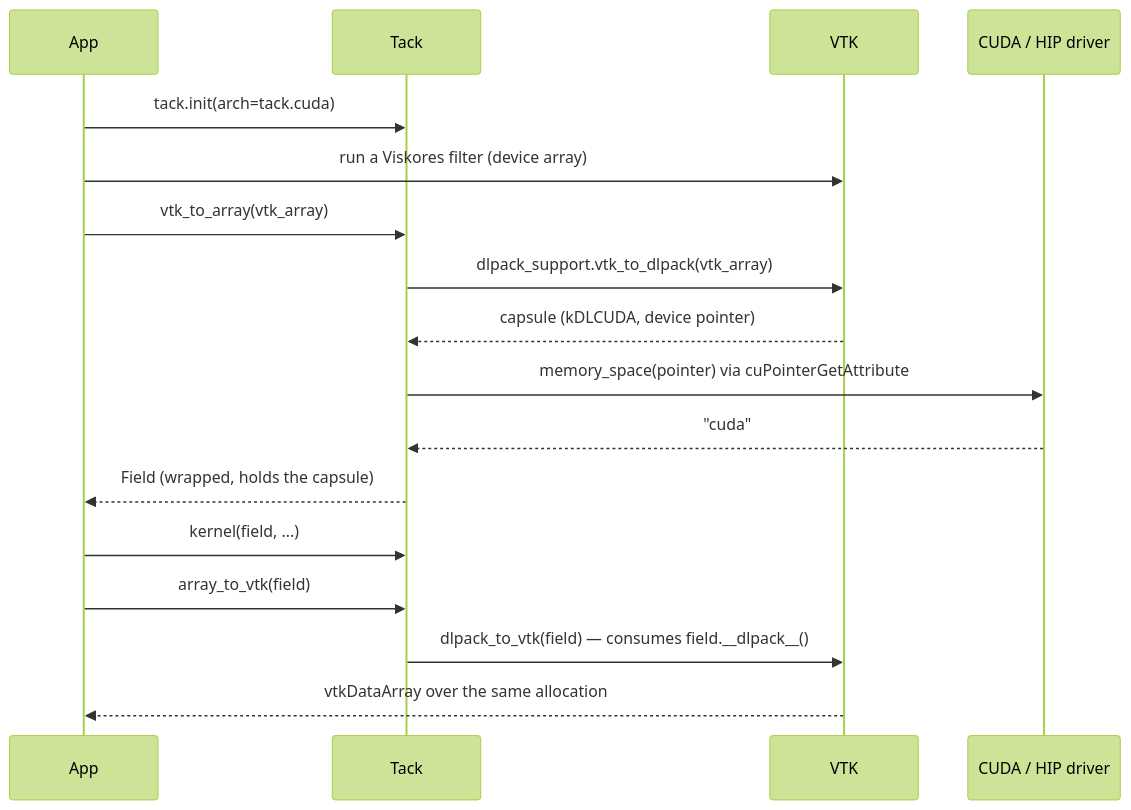
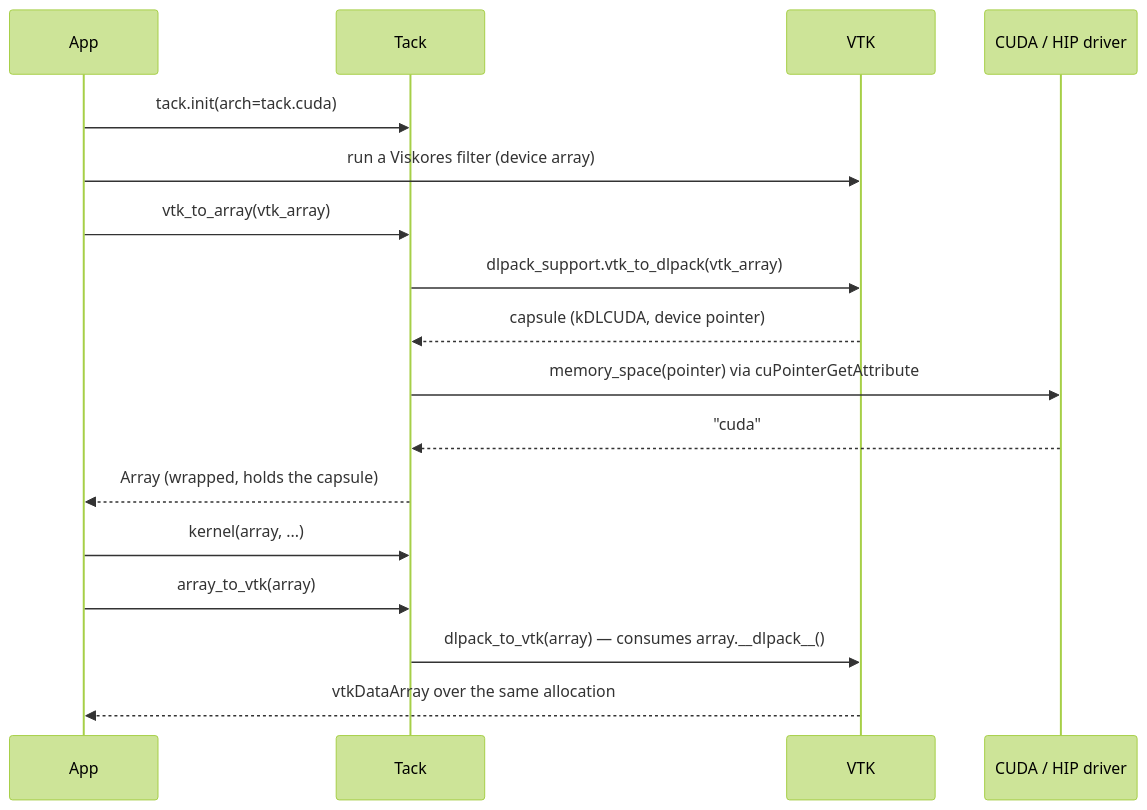
The first of 2 diagrams in docs/design/interoperability.md (berkgeveci/tack), drawn with Mermaid (forest theme) before and after one commit. The commit also changed other lines of this file and 206 other files, not shown here.

````diff
--- a/docs/design/interoperability.md
+++ b/docs/design/interoperability.md
@@ -262,19 +262,19 @@
 ```mermaid
 sequenceDiagram
     participant App
     participant Tack
     participant VTK
     participant Driver as CUDA / HIP driver
     App->>Tack: tack.init(arch=tack.cuda)
     App->>VTK: run a Viskores filter (device array)
     App->>Tack: vtk_to_array(vtk_array)
     Tack->>VTK: dlpack_support.vtk_to_dlpack(vtk_array)
     VTK-->>Tack: capsule (kDLCUDA, device pointer)
     Tack->>Driver: memory_space(pointer) via cuPointerGetAttribute
     Driver-->>Tack: "cuda"
-    Tack-->>App: Field (wrapped, holds the capsule)
-    App->>Tack: kernel(field, ...)
-    App->>Tack: array_to_vtk(field)
-    Tack->>VTK: dlpack_to_vtk(field) — consumes field.__dlpack__()
+    Tack-->>App: Array (wrapped, holds the capsule)
+    App->>Tack: kernel(array, ...)
+    App->>Tack: array_to_vtk(array)
+    Tack->>VTK: dlpack_to_vtk(array) — consumes array.__dlpack__()
     VTK-->>App: vtkDataArray over the same allocation
 ```
````
